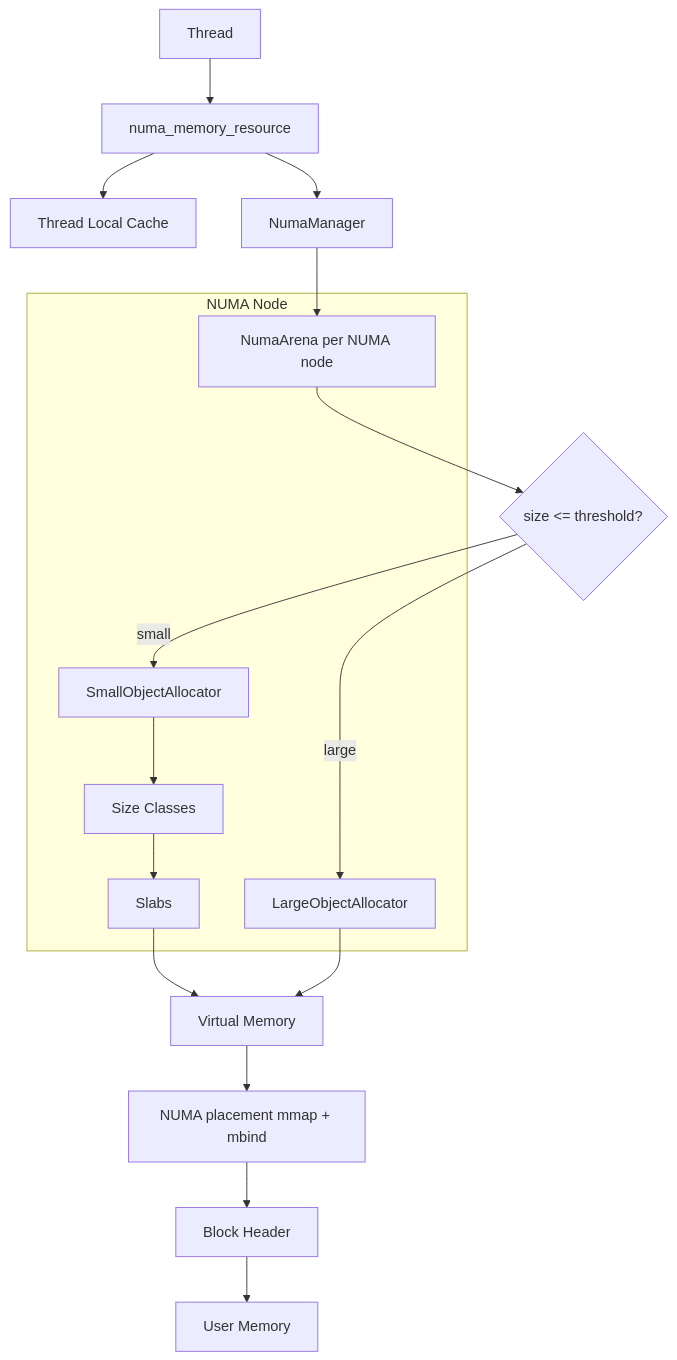
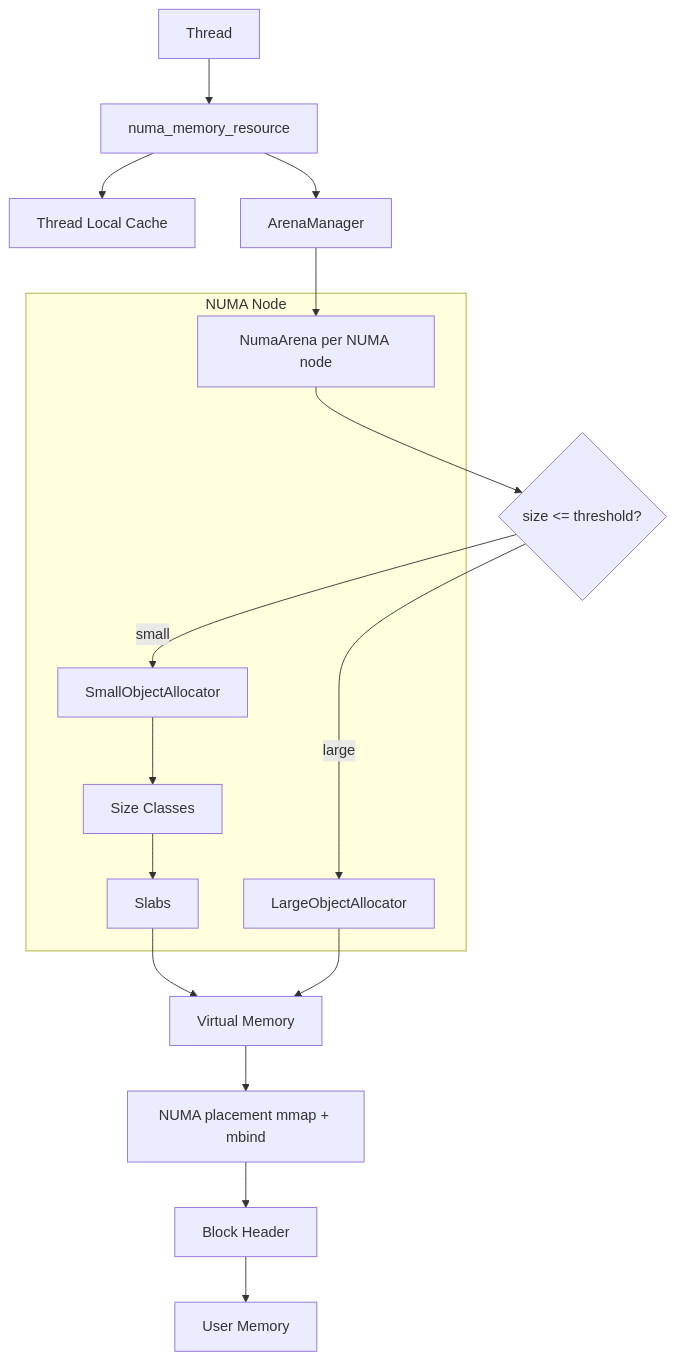
The diagram in graphic/layers.md (donar337/numa-pmr), drawn with Mermaid before and after one commit. The commit also changed 20 other files, not shown here.

Commit message:
divide numa manager into arena manager and topology manager

````diff
--- a/graphic/layers.md
+++ b/graphic/layers.md
@@ -1,37 +1,37 @@
 ```mermaid
 flowchart TD
 
     T[Thread]
 
     T --> PMR[numa_memory_resource]
 
     PMR --> TLC[Thread Local Cache]
 
-    PMR --> NM[NumaManager]
+    PMR --> NM[ArenaManager]
 
     NM --> NA[NumaArena per NUMA node]
 
     NA --> DEC{size <= threshold?}
 
     DEC -- small --> SOA[SmallObjectAllocator]
     DEC -- large --> LOA[LargeObjectAllocator]
 
     SOA --> SC[Size Classes]
     SC --> SL[Slabs]
 
     SL --> VM[Virtual Memory]
     LOA --> VM
 
     VM --> NUMA[NUMA placement mmap + mbind]
 
     NUMA --> BH[Block Header]
     BH --> UM[User Memory]
 
     subgraph NUMA Node
         NA
         SOA
         SC
         SL
         LOA
     end
 ```
````
